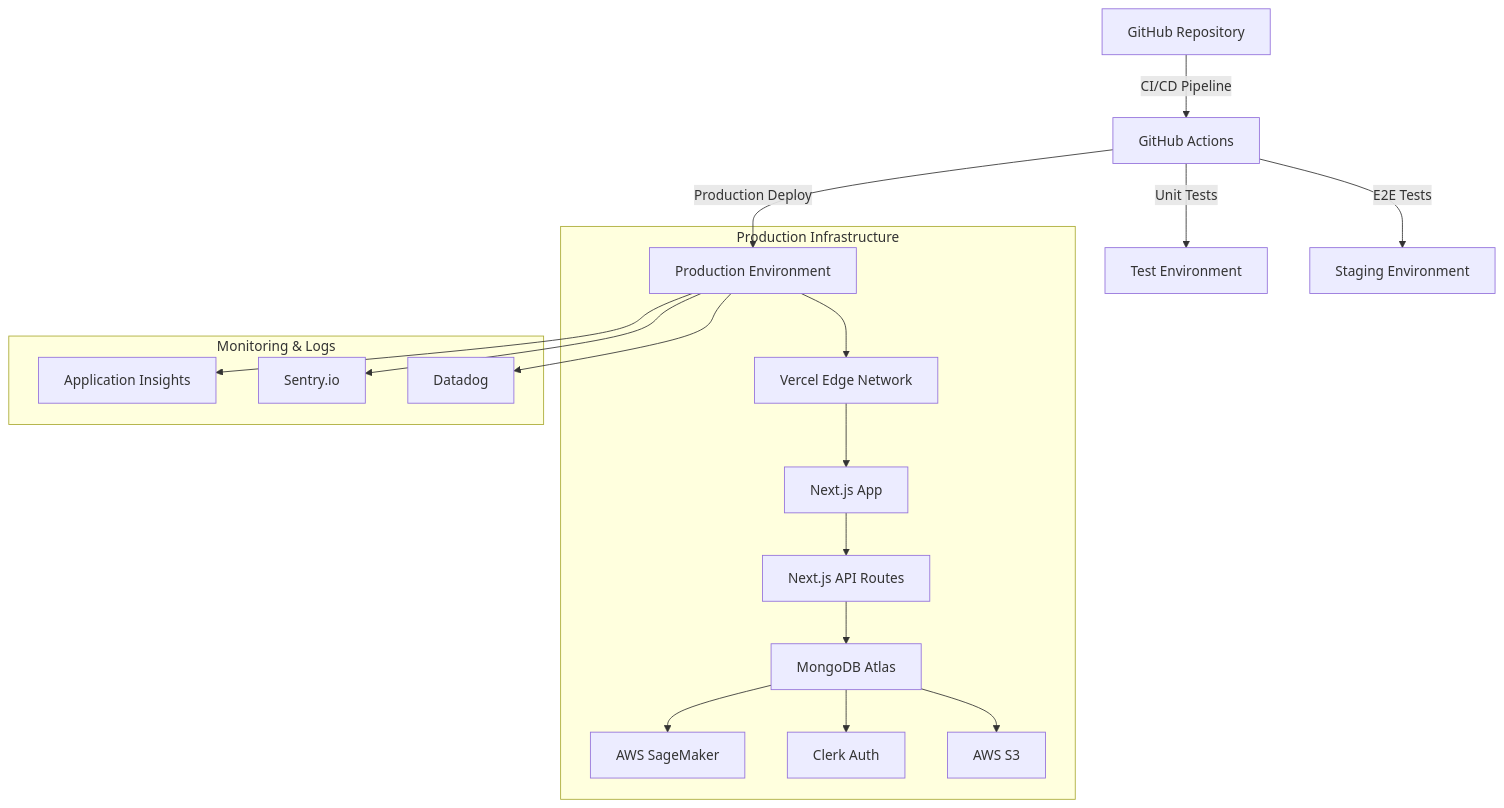
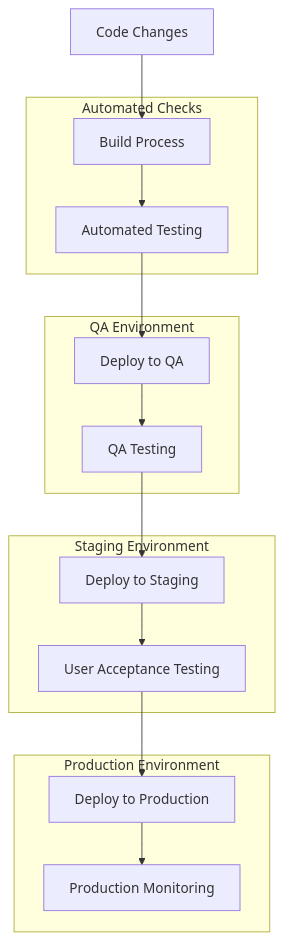
One commit to AbdullahSaeed1211/temp changed diagram 14 of 15 in README.md. Above: the diagram before and after it, drawn with Mermaid. The commit also changed other lines of this file, not shown here.

````diff
--- a/README.md
+++ b/README.md
@@ -1623,23 +1905,31 @@
 ```mermaid
-graph TD
-    A[GitHub Repository] -->|CI/CD Pipeline| B[GitHub Actions]
-    B -->|Unit Tests| C[Test Environment]
-    B -->|E2E Tests| D[Staging Environment]
-    B -->|Production Deploy| E[Production Environment]
+flowchart TD
+    Code[Code Changes] --> Build[Build Process]
+    Build --> Test[Automated Testing]
+    Test --> QADeploy[Deploy to QA]
+    QADeploy --> QATests[QA Testing]
+    QATests --> StagingDeploy[Deploy to Staging]
+    StagingDeploy --> UAT[User Acceptance Testing]
+    UAT --> ProdDeploy[Deploy to Production]
+    ProdDeploy --> Monitoring[Production Monitoring]
     
-    subgraph "Production Infrastructure"
-    E --> F[Vercel Edge Network]
-    F --> G[Next.js App]
-    G --> H[Next.js API Routes]
-    H --> I[MongoDB Atlas]
-    I --> J[AWS SageMaker]
-    I --> K[Clerk Auth]
-    I --> L[AWS S3]
+    subgraph Automation["Automated Checks"]
+        Build
+        Test
     end
     
-    subgraph "Monitoring & Logs"
-    E --> M[Application Insights]
-    E --> N[Sentry.io]
-    E --> O[Datadog]
+    subgraph QAEnvironment["QA Environment"]
+        QADeploy
+        QATests
+    end
+    
+    subgraph StagingEnvironment["Staging Environment"]
+        StagingDeploy
+        UAT
+    end
+    
+    subgraph ProductionEnvironment["Production Environment"]
+        ProdDeploy
+        Monitoring
     end
 ```
````
